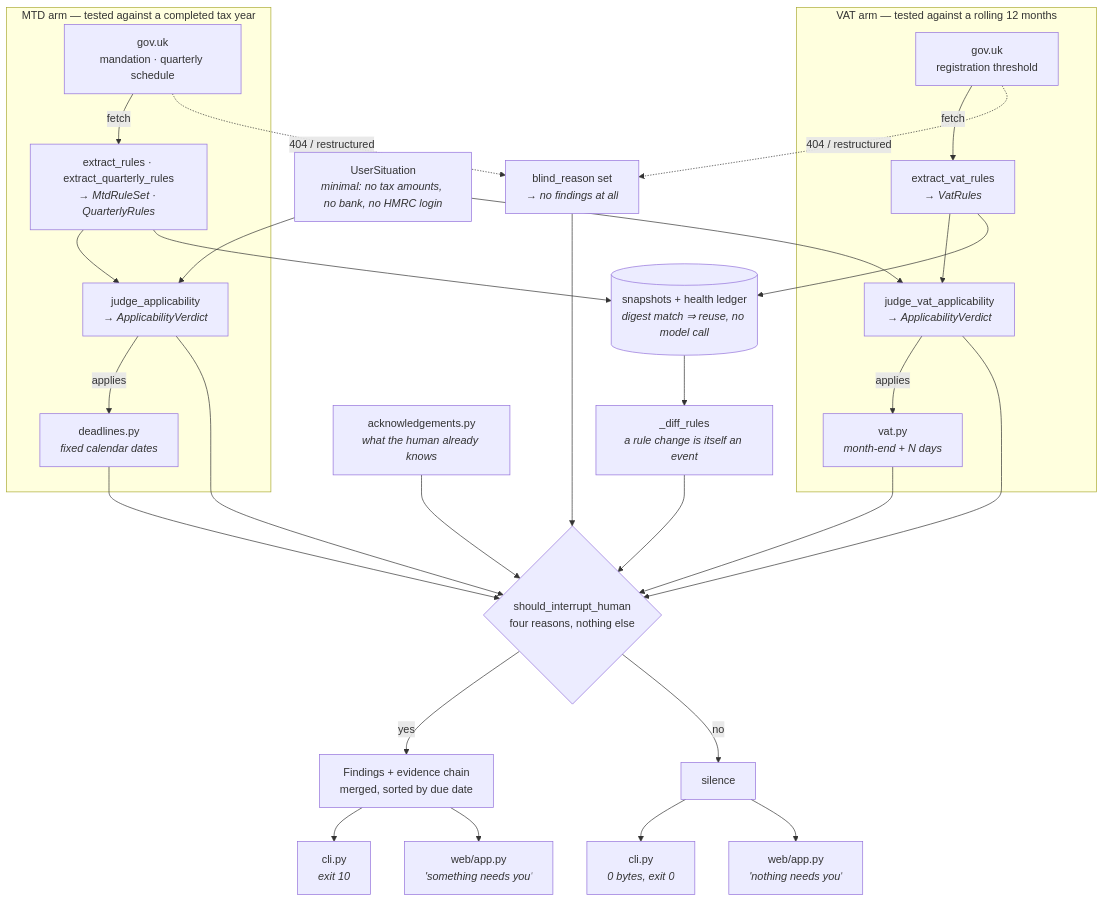
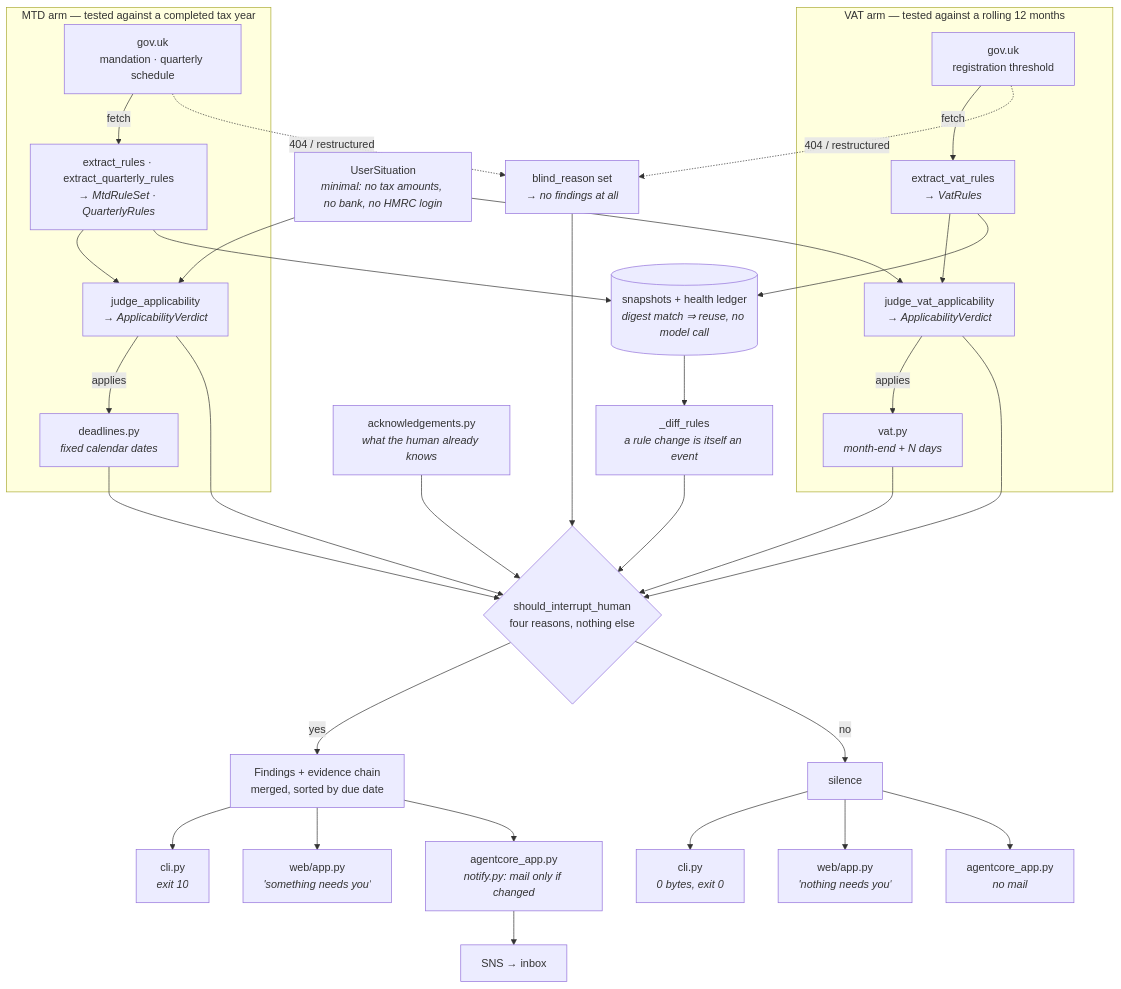
One commit to suzyeth/due-diligence changed the diagram in README.md. Above: the diagram before and after it, drawn with Mermaid. The commit also changed other lines of this file and 7 other files, not shown here.

````diff
--- a/README.md
+++ b/README.md
@@ -249,49 +249,52 @@
 ```mermaid
 flowchart TB
     USER["UserSituation<br/><i>minimal: no tax amounts, no bank, no HMRC login</i>"]
 
     subgraph mtd["MTD arm — tested against a completed tax year"]
         GOVM["gov.uk<br/>mandation · quarterly schedule"]
         EXM["extract_rules · extract_quarterly_rules<br/><i>→ MtdRuleSet · QuarterlyRules</i>"]
         JUM["judge_applicability<br/><i>→ ApplicabilityVerdict</i>"]
         CALM["deadlines.py<br/><i>fixed calendar dates</i>"]
         GOVM -->|fetch| EXM --> JUM -->|applies| CALM
     end
 
     subgraph vat["VAT arm — tested against a rolling 12 months"]
         GOVV["gov.uk<br/>registration threshold"]
         EXV["extract_vat_rules<br/><i>→ VatRules</i>"]
         JUV["judge_vat_applicability<br/><i>→ ApplicabilityVerdict</i>"]
         CALV["vat.py<br/><i>month-end + N days</i>"]
         GOVV -->|fetch| EXV --> JUV -->|applies| CALV
     end
 
     SNAP[("snapshots + health ledger<br/><i>digest match ⇒ reuse, no model call</i>")]
     DIFF["_diff_rules<br/><i>a rule change is itself an event</i>"]
     ACK["acknowledgements.py<br/><i>what the human already knows</i>"]
     BLIND["blind_reason set<br/><i>→ no findings at all</i>"]
     GATE{"should_interrupt_human<br/>four reasons, nothing else"}
     OUT["Findings + evidence chain<br/>merged, sorted by due date"]
     SILENT["silence"]
 
     USER --> JUM
     USER --> JUV
     EXM --> SNAP
     EXV --> SNAP
     SNAP --> DIFF
     GOVM -.->|"404 / restructured"| BLIND
     GOVV -.->|"404 / restructured"| BLIND
     CALM --> GATE
     CALV --> GATE
     JUM --> GATE
     JUV --> GATE
     DIFF --> GATE
     ACK --> GATE
     BLIND --> GATE
     GATE -->|yes| OUT
     GATE -->|no| SILENT
     OUT --> CLI["cli.py<br/><i>exit 10</i>"]
     OUT --> WEB["web/app.py<br/><i>'something needs you'</i>"]
+    OUT --> SCHED["agentcore_app.py<br/><i>notify.py: mail only if changed</i>"]
     SILENT --> CLIQ["cli.py<br/><i>0 bytes, exit 0</i>"]
     SILENT --> WEBQ["web/app.py<br/><i>'nothing needs you'</i>"]
+    SILENT --> SCHEDQ["agentcore_app.py<br/><i>no mail</i>"]
+    SCHED --> SNS["SNS → inbox"]
 ```
````
